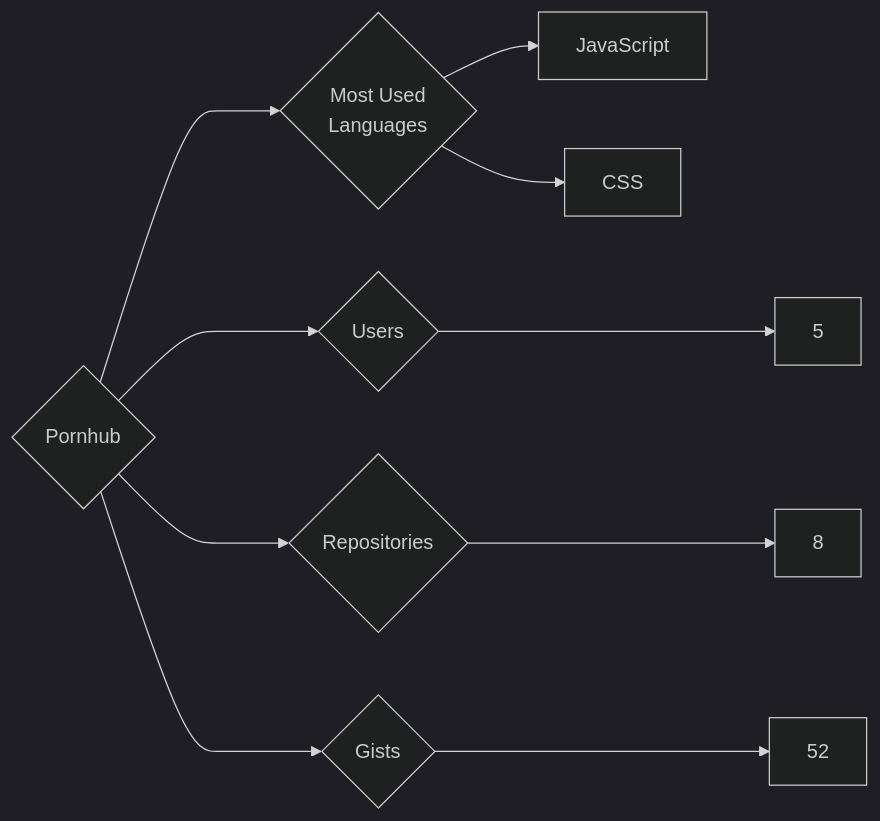
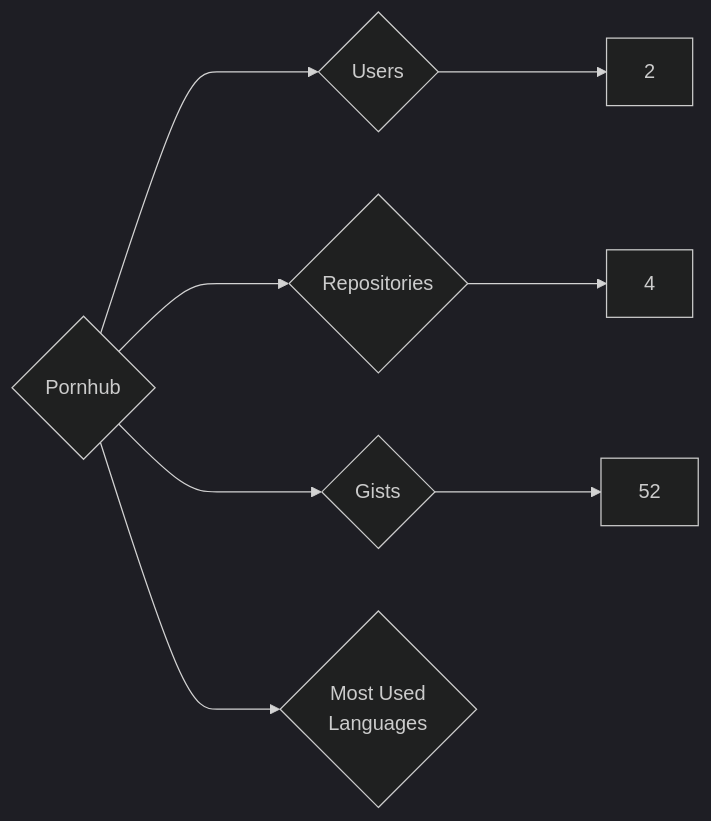
One commit to trickest/insiders changed the diagram in targets/Pornhub/README.md. Above: the diagram before and after it, drawn with Mermaid (dark theme). The commit also changed 953 other files, not shown here.

````diff
--- a/targets/Pornhub/README.md
+++ b/targets/Pornhub/README.md
@@ -3,10 +3,8 @@
 ```mermaid
 graph LR
 COMPANY_NAME{Pornhub}
-COMPANY_NAME ---> U{Users} ---> UN[5]
-COMPANY_NAME ---> R{Repositories} ---> RN[8]
+COMPANY_NAME ---> U{Users} ---> UN[2]
+COMPANY_NAME ---> R{Repositories} ---> RN[4]
 COMPANY_NAME ---> G{Gists} ---> GN[52]
 COMPANY_NAME ---> ML{Most Used<br>Languages}
-ML --> JavaScript[JavaScript]
-ML --> CSS[CSS]
 ```
````
